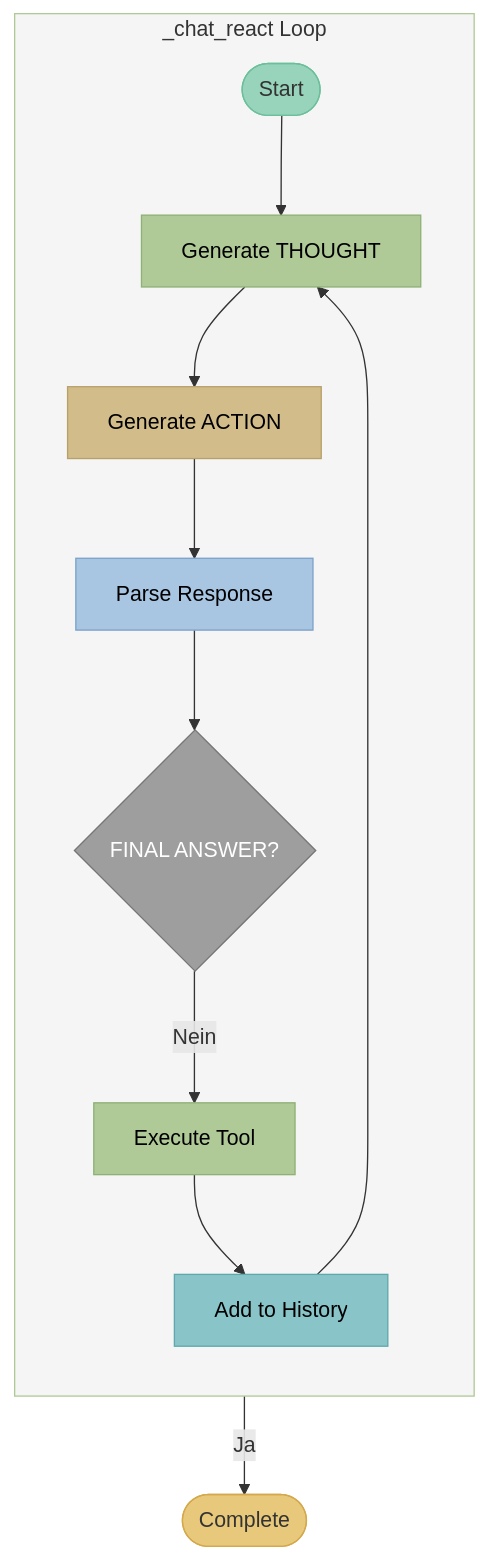
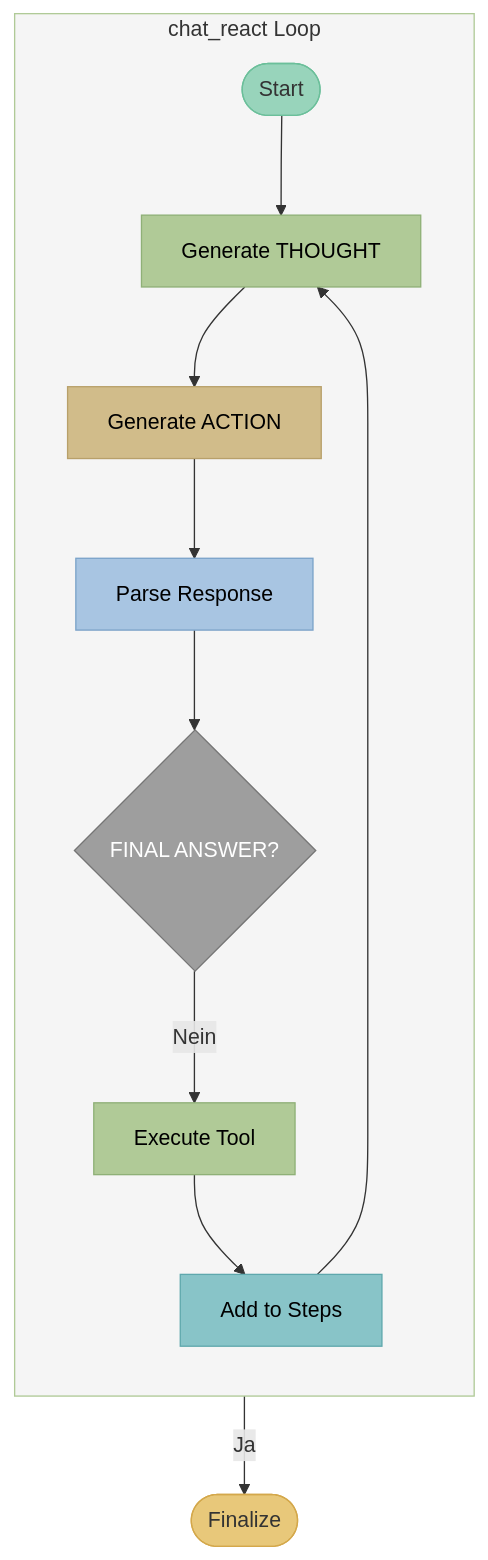
The second of 2 diagrams in docs/docs/agentic-ai/react.md (th-nuernberg/llars), drawn with Mermaid before and after one commit. The commit also changed other lines of this file and 72 other files, not shown here.

````diff
--- a/docs/docs/agentic-ai/react.md
+++ b/docs/docs/agentic-ai/react.md
@@ -131,24 +135,24 @@
 ```mermaid
 flowchart TB
-    subgraph main[_chat_react Loop]
+    subgraph main[chat_react Loop]
         direction TB
         start([Start]) --> thought[Generate THOUGHT]
         thought --> action[Generate ACTION]
         action --> parse[Parse Response]
         parse --> check{FINAL ANSWER?}
         check -->|Nein| exec[Execute Tool]
-        exec --> history[Add to History]
+        exec --> history[Add to Steps]
         history --> thought
     end
-    check -->|Ja| done([Complete])
+    check -->|Ja| done([Finalize])
 
     style start fill:#98d4bb,stroke:#6bbf9a
     style thought fill:#b0ca97,stroke:#8fb077,color:#000
     style action fill:#D1BC8A,stroke:#b8a06a,color:#000
     style parse fill:#a8c5e2,stroke:#7ba3c9,color:#000
     style check fill:#9e9e9e,stroke:#757575,color:#fff
     style exec fill:#b0ca97,stroke:#8fb077,color:#000
     style history fill:#88c4c8,stroke:#5fa8ad,color:#000
     style done fill:#e8c87a,stroke:#d4a84b
     style main fill:#f5f5f5,stroke:#b0ca97
 ```
````
